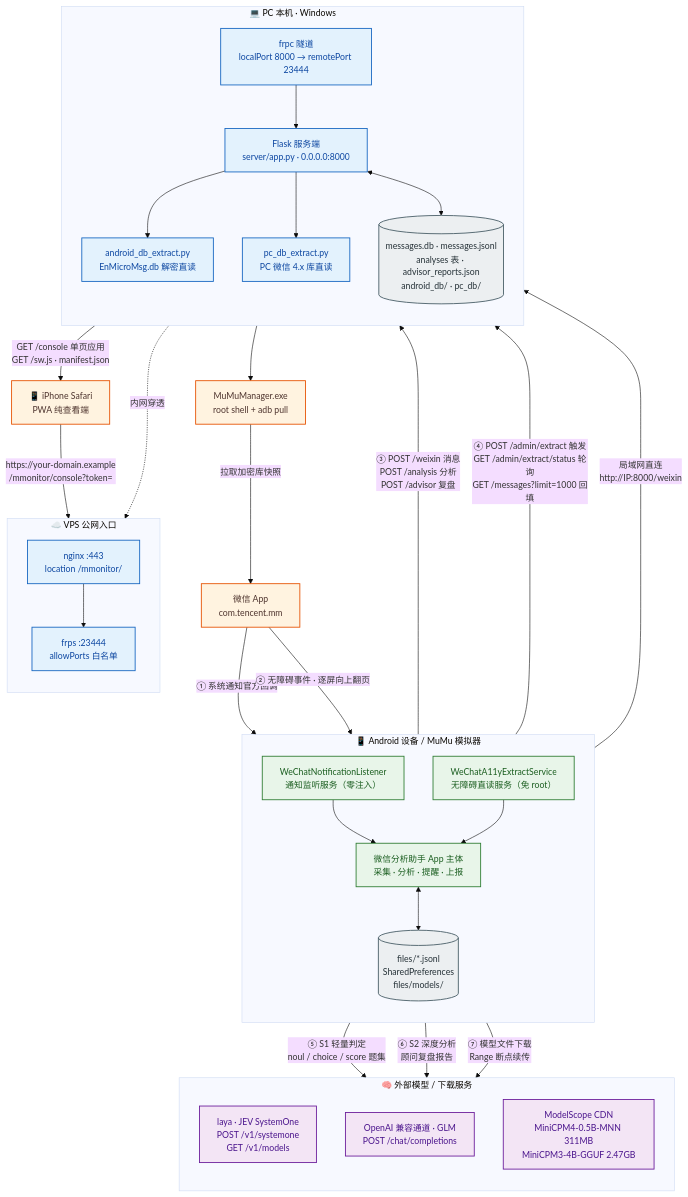
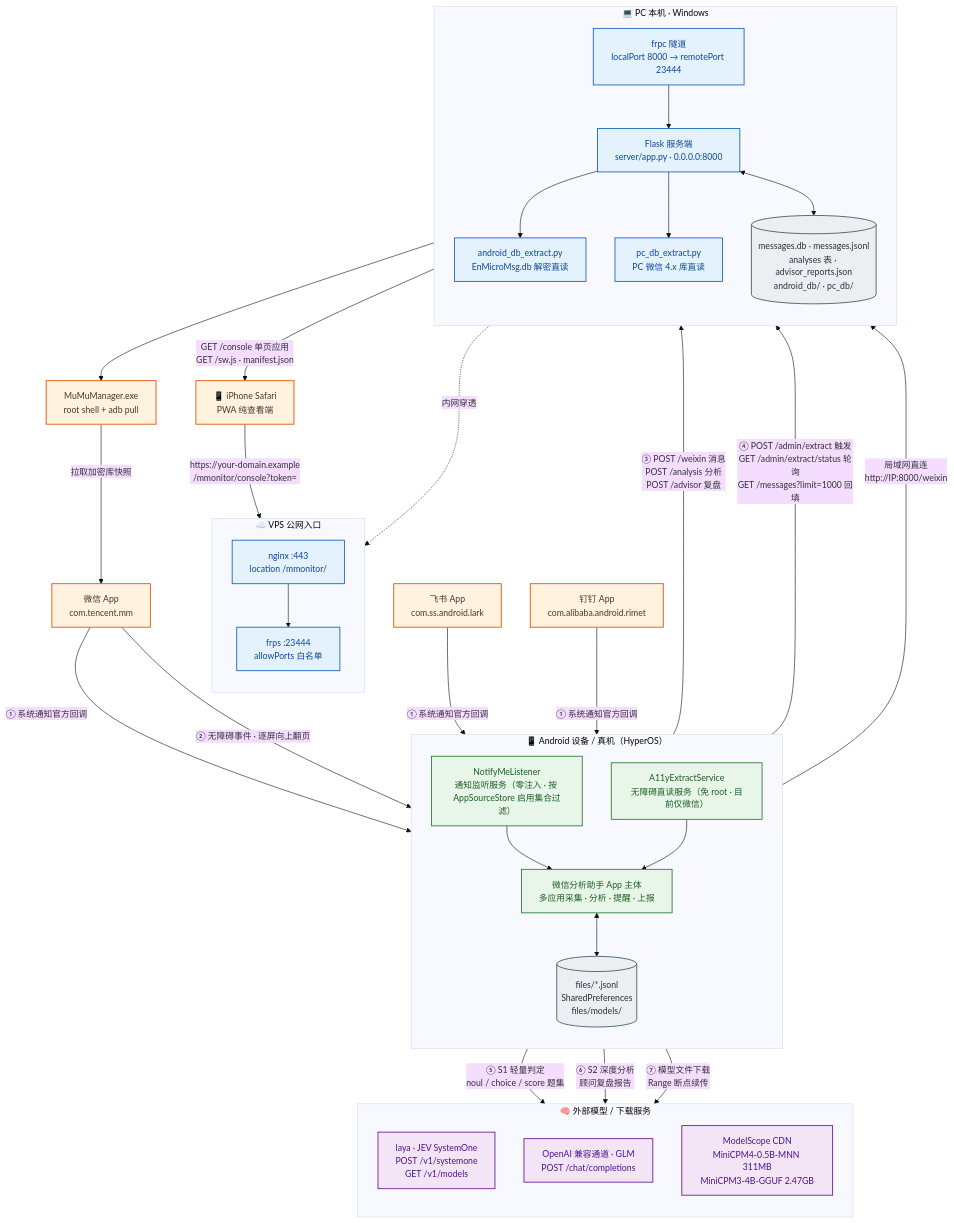
The diagram in docs/architecture/diagrams/01-system-context.mmd (solidjoker/notifyme), drawn with Mermaid before and after one commit. The commit also changed 13 other files, not shown here.

First line of the commit message:
M2.7 Stage F 文档收尾：M2 完成归档、M9 悬浮里程碑、架构图 01-03 重渲

```diff
--- a/docs/architecture/diagrams/01-system-context.mmd
+++ b/docs/architecture/diagrams/01-system-context.mmd
@@ -1,64 +1,68 @@
 %%{init: {'theme':'base','themeVariables':{'fontSize':'15px','fontFamily':'Microsoft YaHei, PingFang SC, sans-serif'},'flowchart':{'htmlLabels':true,'curve':'basis'}}}%%
 flowchart TB
     classDef ext  fill:#fff3e0,stroke:#e65100,stroke-width:1.5px,color:#4e342e
     classDef app  fill:#e8f5e9,stroke:#2e7d32,stroke-width:1.5px,color:#1b5e20
     classDef srv  fill:#e3f2fd,stroke:#1565c0,stroke-width:1.5px,color:#0d47a1
     classDef llm  fill:#f3e5f5,stroke:#6a1b9a,stroke-width:1.5px,color:#4a148c
     classDef store fill:#eceff1,stroke:#455a64,stroke-width:1.5px,color:#263238
 
     WX["微信 App<br/>com.tencent.mm"]:::ext
+    FS["飞书 App<br/>com.ss.android.lark"]:::ext
+    DT["钉钉 App<br/>com.alibaba.android.rimet"]:::ext
 
-    subgraph DEV["📱 Android 设备 / MuMu 模拟器"]
+    subgraph DEV["📱 Android 设备 / 真机（HyperOS）"]
         direction TB
-        NL["WeChatNotificationListener<br/>通知监听服务（零注入）"]:::app
-        A11Y["WeChatA11yExtractService<br/>无障碍直读服务（免 root）"]:::app
-        CORE["微信分析助手 App 主体<br/>采集 · 分析 · 提醒 · 上报"]:::app
+        NL["NotifyMeListener<br/>通知监听服务（零注入 · 按 AppSourceStore 启用集合过滤）"]:::app
+        A11Y["A11yExtractService<br/>无障碍直读服务（免 root · 目前仅微信）"]:::app
+        CORE["微信分析助手 App 主体<br/>多应用采集 · 分析 · 提醒 · 上报"]:::app
         STORE[("files/*.jsonl<br/>SharedPreferences<br/>files/models/")]:::store
         NL --> CORE
         A11Y --> CORE
         CORE <--> STORE
     end
 
     subgraph HOST["💻 PC 本机 · Windows"]
         direction TB
         FLASK["Flask 服务端<br/>server/app.py · 0.0.0.0:8000"]:::srv
         ADBEX["android_db_extract.py<br/>EnMicroMsg.db 解密直读"]:::srv
         PCEX["pc_db_extract.py<br/>PC 微信 4.x 库直读"]:::srv
         DB[("messages.db · messages.jsonl<br/>analyses 表 · advisor_reports.json<br/>android_db/ · pc_db/")]:::store
         FRPC["frpc 隧道<br/>localPort 8000 → remotePort 23444"]:::srv
         FLASK --> ADBEX
         FLASK --> PCEX
         FLASK <--> DB
         FRPC --> FLASK
     end
 
     subgraph VPS["☁️ VPS 公网入口"]
         direction TB
         NGINX["nginx :443<br/>location /mmonitor/"]:::srv
         FRPS["frps :23444<br/>allowPorts 白名单"]:::srv
         NGINX --> FRPS
     end
 
     subgraph AI["🧠 外部模型 / 下载服务"]
         direction TB
         LAYA["laya · JEV SystemOne<br/>POST /v1/systemone<br/>GET /v1/models"]:::llm
         GLM["OpenAI 兼容通道 · GLM<br/>POST /chat/completions"]:::llm
         MS["ModelScope CDN<br/>MiniCPM4-0.5B-MNN 311MB<br/>MiniCPM3-4B-GGUF 2.47GB"]:::llm
     end
 
     MUMU["MuMuManager.exe<br/>root shell + adb pull"]:::ext
     IPHONE["📱 iPhone Safari<br/>PWA 纯查看端"]:::ext
 
     WX -->|"① 系统通知官方回调"| NL
+    FS -->|"① 系统通知官方回调"| NL
+    DT -->|"① 系统通知官方回调"| NL
     WX -->|"② 无障碍事件 · 逐屏向上翻页"| A11Y
     CORE -->|"③ POST /weixin 消息<br/>POST /analysis 分析<br/>POST /advisor 复盘"| FLASK
     CORE -->|"④ POST /admin/extract 触发<br/>GET /admin/extract/status 轮询<br/>GET /messages?limit=1000 回填"| FLASK
     CORE -->|"⑤ S1 轻量判定<br/>noul / choice / score 题集"| LAYA
     CORE -->|"⑥ S2 深度分析<br/>顾问复盘报告"| GLM
     CORE -->|"⑦ 模型文件下载<br/>Range 断点续传"| MS
     ADBEX --> MUMU
     MUMU -->|"拉取加密库快照"| WX
     CORE -->|"局域网直连<br/>http://IP:8000/weixin"| FLASK
     FRPC -.->|"内网穿透"| FRPS
     IPHONE -->|"https://your-domain.example<br/>/mmonitor/console?token="| NGINX
     FLASK -->|"GET /console 单页应用<br/>GET /sw.js · manifest.json"| IPHONE
```
